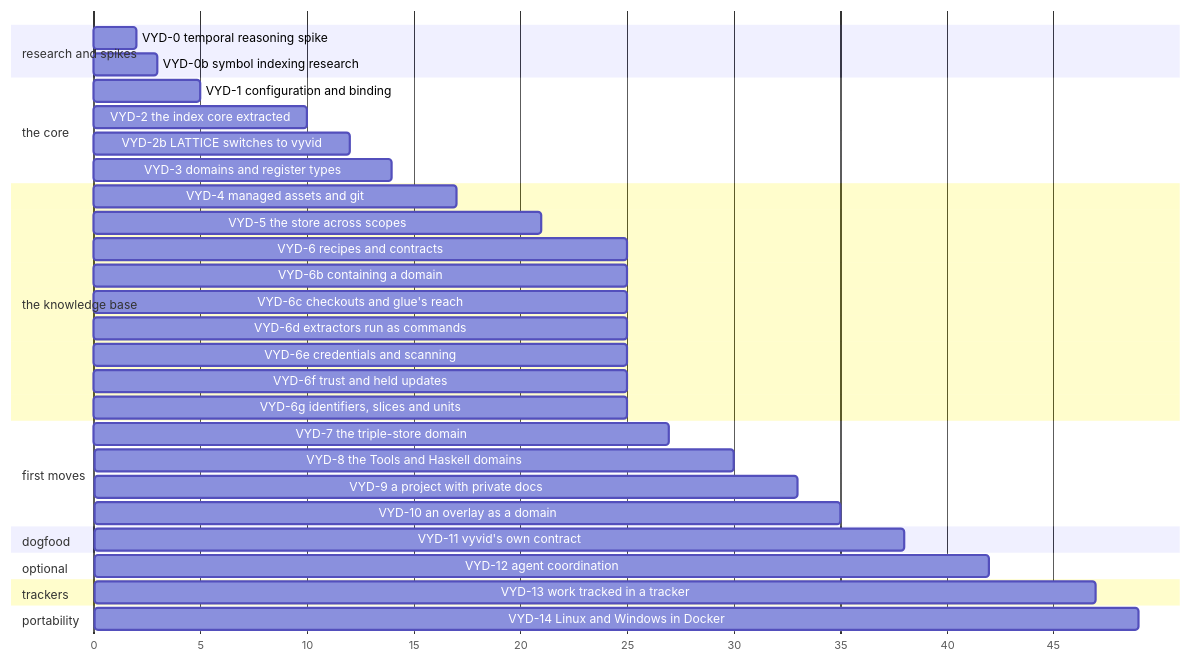
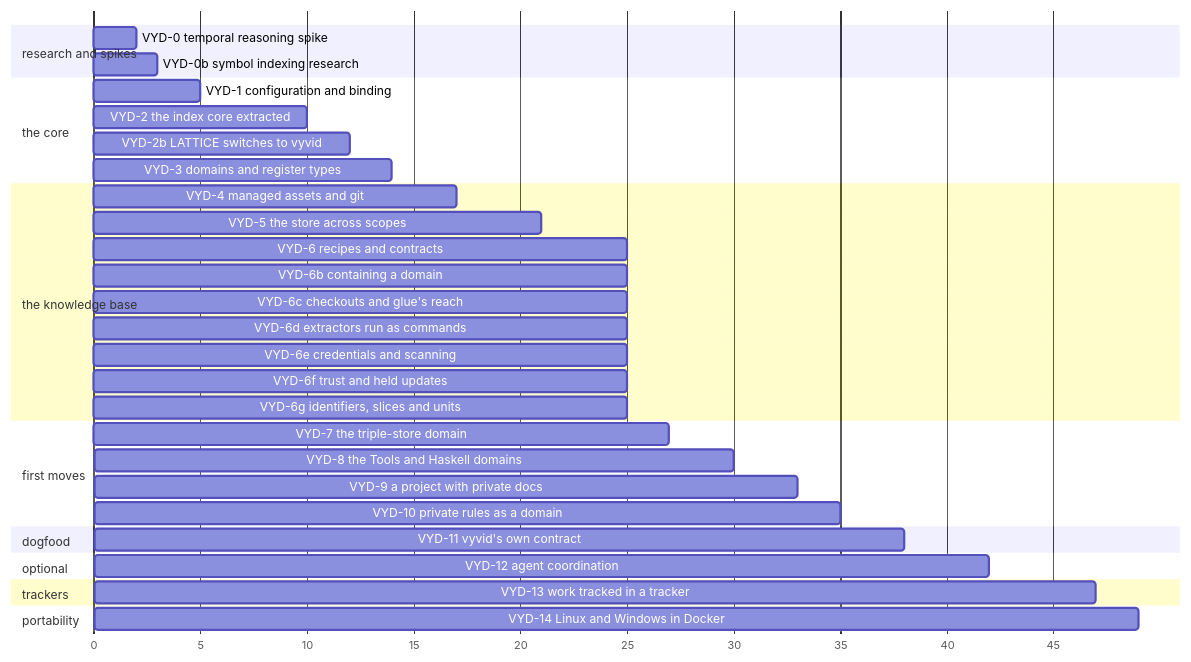
Before and after one commit to nebularis/vyvid: the diagram in docs/developer/plans/vyvid-framework.md, drawn with Mermaid. The commit also changed other lines of this file and 4 other files, not shown here.

Commit message:
Describe a user's private rules in general terms, and record the store's decisions

````diff
--- a/docs/developer/plans/vyvid-framework.md
+++ b/docs/developer/plans/vyvid-framework.md
@@ -17,36 +17,36 @@
 ```mermaid
 gantt
   dateFormat X
   axisFormat %s
   section research and spikes
   VYD-0 temporal reasoning spike      :s0, 0, 2
   VYD-0b symbol indexing research     :s0b, 0, 3
   section the core
   VYD-1 configuration and binding     :s1, 2, 5
   VYD-2 the index core extracted      :s2, 5, 10
   VYD-2b LATTICE switches to vyvid    :s2b, 10, 12
   VYD-3 domains and register types    :s3, 10, 14
   section the knowledge base
   VYD-4 managed assets and git        :s4, 14, 17
   VYD-5 the store across scopes       :s5, 17, 21
   VYD-6 recipes and contracts         :s6, 21, 25
   VYD-6b containing a domain          :s6b, 25, 25
   VYD-6c checkouts and glue's reach   :s6c, 25, 25
   VYD-6d extractors run as commands   :s6d, 25, 25
   VYD-6e credentials and scanning     :s6e, 25, 25
   VYD-6f trust and held updates       :s6f, 25, 25
   VYD-6g identifiers, slices and units :s6g, 25, 25
   section first moves
   VYD-7 the triple-store domain       :s7, 25, 27
   VYD-8 the Tools and Haskell domains :s8, 27, 30
   VYD-9 a project with private docs   :s9, 30, 33
-  VYD-10 an overlay as a domain      :s10, 33, 35
+  VYD-10 private rules as a domain   :s10, 33, 35
   section dogfood
   VYD-11 vyvid's own contract         :s11, 35, 38
   section optional
   VYD-12 agent coordination           :s12, 38, 42
   section trackers
   VYD-13 work tracked in a tracker    :s13, 42, 47
   section portability
   VYD-14 Linux and Windows in Docker  :s14, 47, 49
 ```
````
